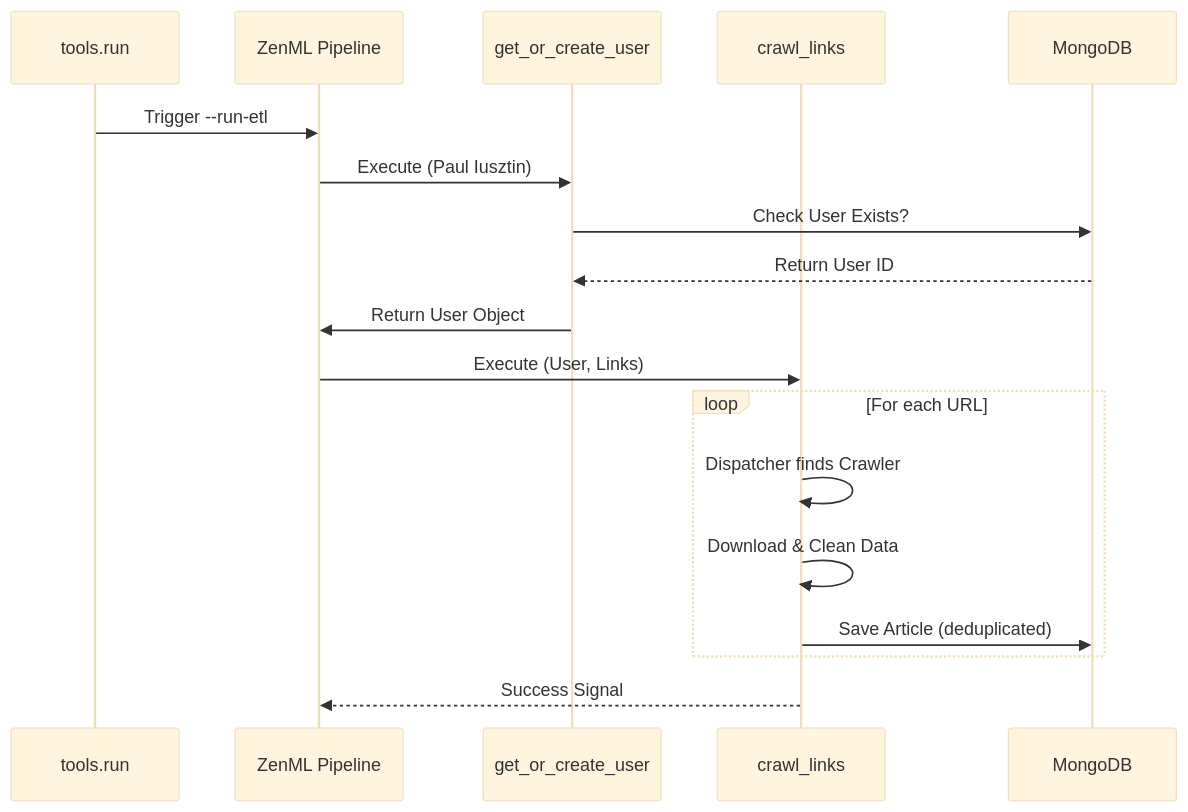
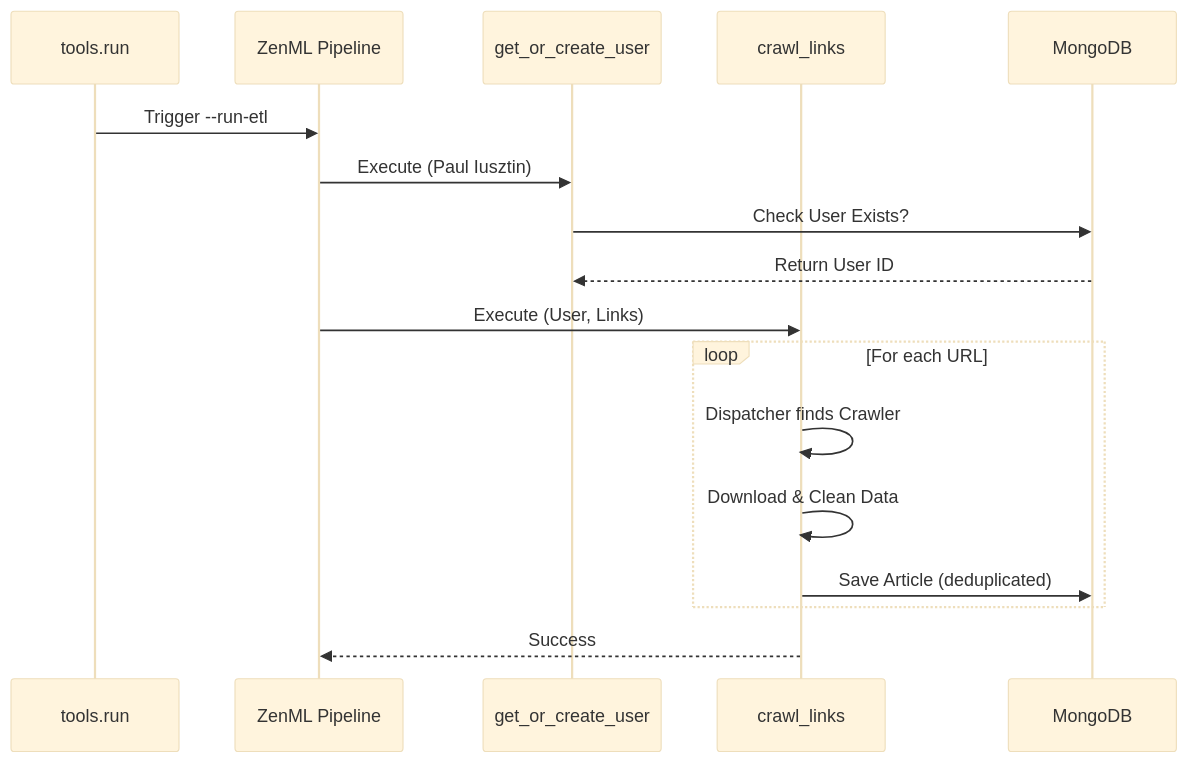
One commit to sh-arka22/MoodSwarm-LLM changed the second of 3 diagrams in README.md. Above: the diagram before and after it, drawn with Mermaid (base theme). The commit also changed other lines of this file and 8 other files, not shown here.

````diff
--- a/README.md
+++ b/README.md
@@ -94,22 +103,21 @@
 ```mermaid
 sequenceDiagram
     participant CLI as tools.run
     participant ZenML as ZenML Pipeline
     participant Step1 as get_or_create_user
     participant Step2 as crawl_links
     participant DB as MongoDB
 
     CLI->>ZenML: Trigger --run-etl
     ZenML->>Step1: Execute (Paul Iusztin)
     Step1->>DB: Check User Exists?
     DB-->>Step1: Return User ID
-    Step1->>ZenML: Return User Object
     
     ZenML->>Step2: Execute (User, Links)
     loop For each URL
         Step2->>Step2: Dispatcher finds Crawler
         Step2->>Step2: Download & Clean Data
         Step2->>DB: Save Article (deduplicated)
     end
-    Step2-->>ZenML: Success Signal
+    Step2-->>ZenML: Success
 ```
````
